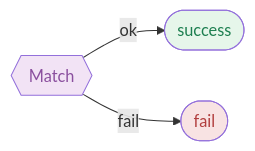
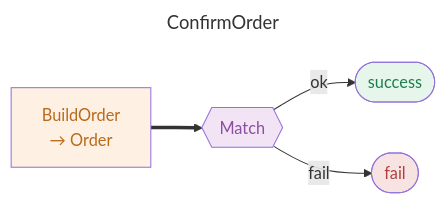
Before and after one commit to reslava/nuget-package-reslava-result: the first of 10 diagrams in mkdocs/demo/flow-catalog.md, drawn with Mermaid. The commit also changed other lines of this file and 22 other files, not shown here.

First line of the commit message:
feat: v1.47.1 — Diagram title, root entry node, code action fixes

````diff
--- a/mkdocs/demo/flow-catalog.md
+++ b/mkdocs/demo/flow-catalog.md
@@ -25,14 +25,19 @@
 ```mermaid
+---
+title: ConfirmOrder
+---
 flowchart LR
+    ENTRY_ROOT["BuildOrder<br/>→ Order"]:::operation ==> N0_Match
     N0_Match{{"Match"}}:::terminal
     N0_Match -->|ok| SUCCESS
     SUCCESS([success]):::success
     N0_Match -->|fail| FAIL
     FAIL([fail])
     FAIL:::failure
+    classDef operation fill:#fef0e3,color:#b86a1c
     classDef success fill:#e6f6ea,color:#1c7e4f
     classDef terminal fill:#f2e3f5,color:#8a4f9e
     classDef failure fill:#f8e3e3,color:#b13e3e
 %% --- Node correlation (ReasonMetadata.NodeId / PipelineStep) ---
 %%   N0_Match → Match
 ```
````
